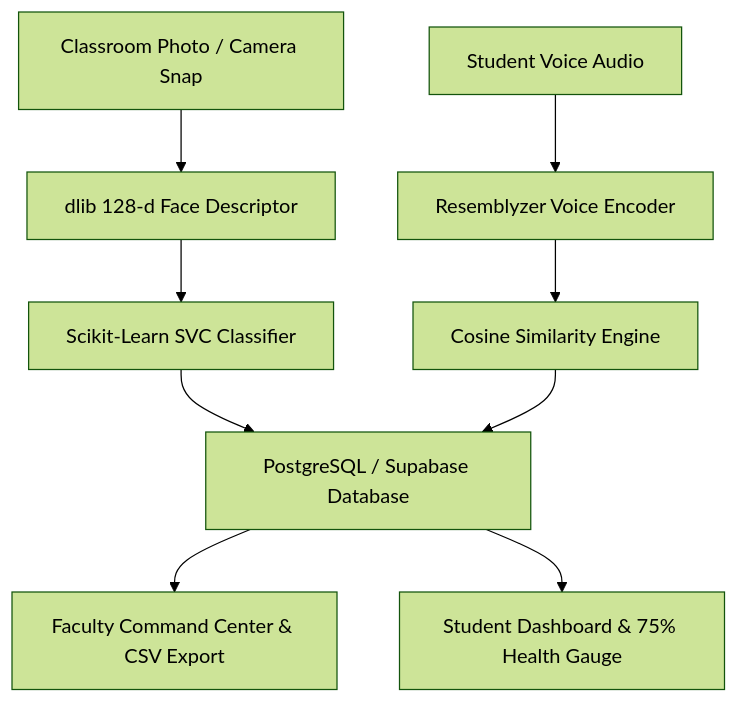
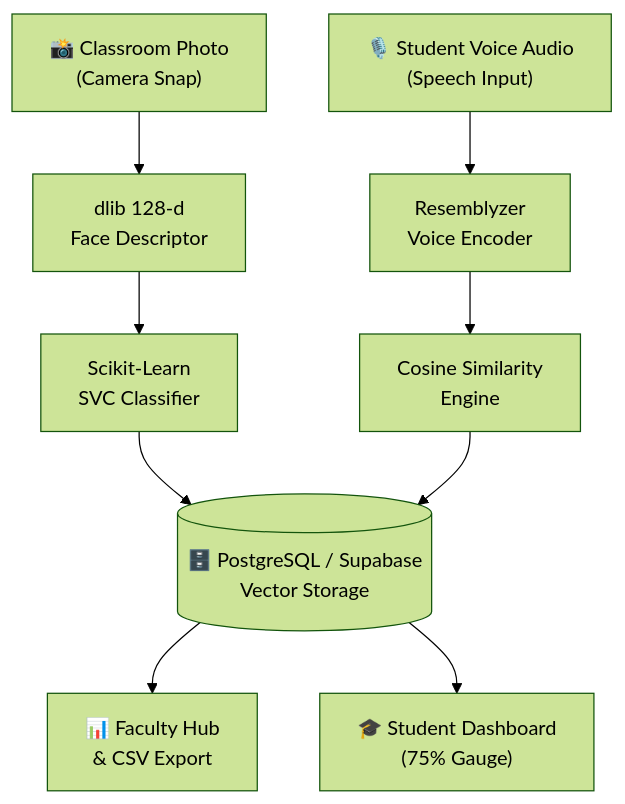
The diagram in README.md (Manin1311/SnapClass-AI), drawn with Mermaid (forest theme) before and after one commit.

Commit message:
fix(docs): wrap mermaid diagram node text to prevent clipping on GitHub

````diff
--- a/README.md
+++ b/README.md
@@ -33,11 +33,11 @@
 ```mermaid
 graph TD
-    A[Classroom Photo / Camera Snap] --> B[dlib 128-d Face Descriptor]
-    C[Student Voice Audio] --> D[Resemblyzer Voice Encoder]
-    B --> E[Scikit-Learn SVC Classifier]
-    D --> F[Cosine Similarity Engine]
-    E --> G[PostgreSQL / Supabase Database]
+    A["📸 Classroom Photo<br/>(Camera Snap)"] --> B["dlib 128-d<br/>Face Descriptor"]
+    C["🎙️ Student Voice Audio<br/>(Speech Input)"] --> D["Resemblyzer<br/>Voice Encoder"]
+    B --> E["Scikit-Learn<br/>SVC Classifier"]
+    D --> F["Cosine Similarity<br/>Engine"]
+    E --> G[("🗄️ PostgreSQL / Supabase<br/>Vector Storage")]
     F --> G
-    G --> H[Faculty Command Center & CSV Export]
-    G --> I[Student Dashboard & 75% Health Gauge]
+    G --> H["📊 Faculty Hub<br/>& CSV Export"]
+    G --> I["🎓 Student Dashboard<br/>(75% Gauge)"]
 ```
````
